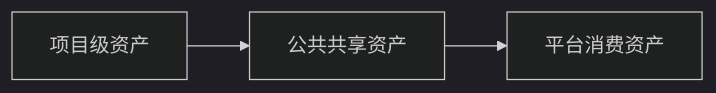
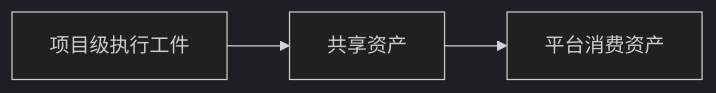
Before and after one commit to clarence1026/Spec-Driven-Development: the diagram in docs/assets/README.md, drawn with Mermaid (dark theme). The commit also changed other lines of this file and 43 other files, not shown here.

````diff
--- a/docs/assets/README.md
+++ b/docs/assets/README.md
@@ -21,5 +37,5 @@
 ```mermaid
 flowchart LR
-    A[项目级资产] --> B[公共共享资产]
+    A[项目级执行工件] --> B[共享资产]
     B --> C[平台消费资产]
 ```
````
